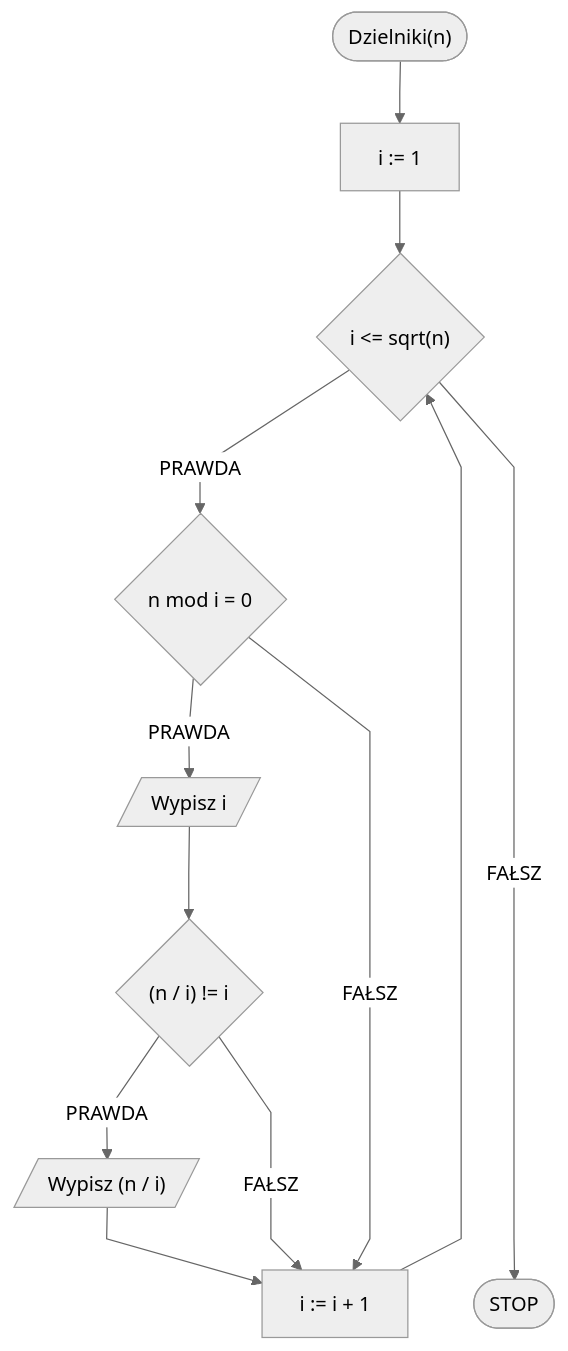
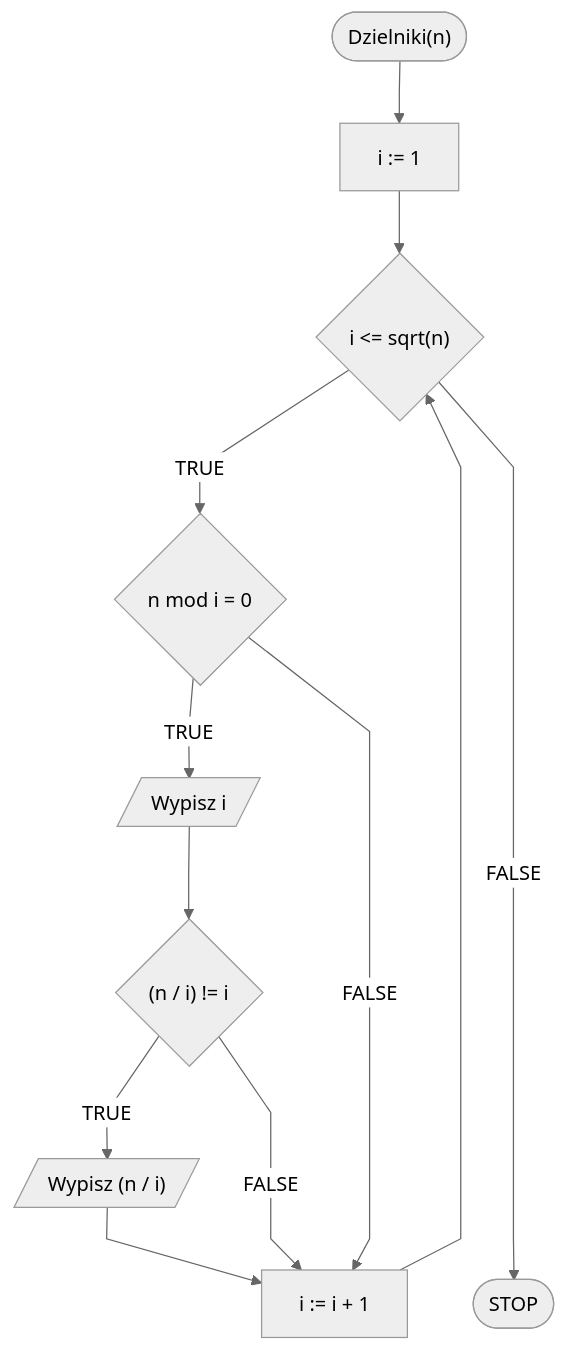
One commit to blackbat13/edu-cs-htiew-en changed the third of 3 diagrams in docs/algorithms/integers/divisors.md. Above: the diagram before and after it, drawn with Mermaid. The commit also changed other lines of this file and 682 other files, not shown here.

````diff
--- a/docs/algorithms/integers/divisors.md
+++ b/docs/algorithms/integers/divisors.md
@@ -134,15 +134,15 @@
 ```mermaid
 %%{init: {"flowchart": {"curve": "linear"}, "theme": "neutral"} }%%
 flowchart TD
 	START(["Dzielniki(n)"]) --> K0[i := 1]
 	K0 --> K1{"i <= sqrt(n)"}
-	K1 -- PRAWDA --> K2{n mod i = 0}
-	K2 -- PRAWDA --> K3[/Wypisz i/]
+	K1 -- TRUE --> K2{n mod i = 0}
+	K2 -- TRUE --> K3[/Wypisz i/]
 	K3 --> K4{"(n / i) != i"}
-	K4 -- PRAWDA --> K5[/"Wypisz (n / i)"/]
+	K4 -- TRUE --> K5[/"Wypisz (n / i)"/]
 	K5 --> K1i[i := i + 1]
-	K4 -- FAŁSZ --> K1i
-	K2 -- FAŁSZ --> K1i
+	K4 -- FALSE --> K1i
+	K2 -- FALSE --> K1i
 	K1i --> K1
-	K1 -- FAŁSZ ------> STOP([STOP])
+	K1 -- FALSE ------> STOP([STOP])
 ```
````
